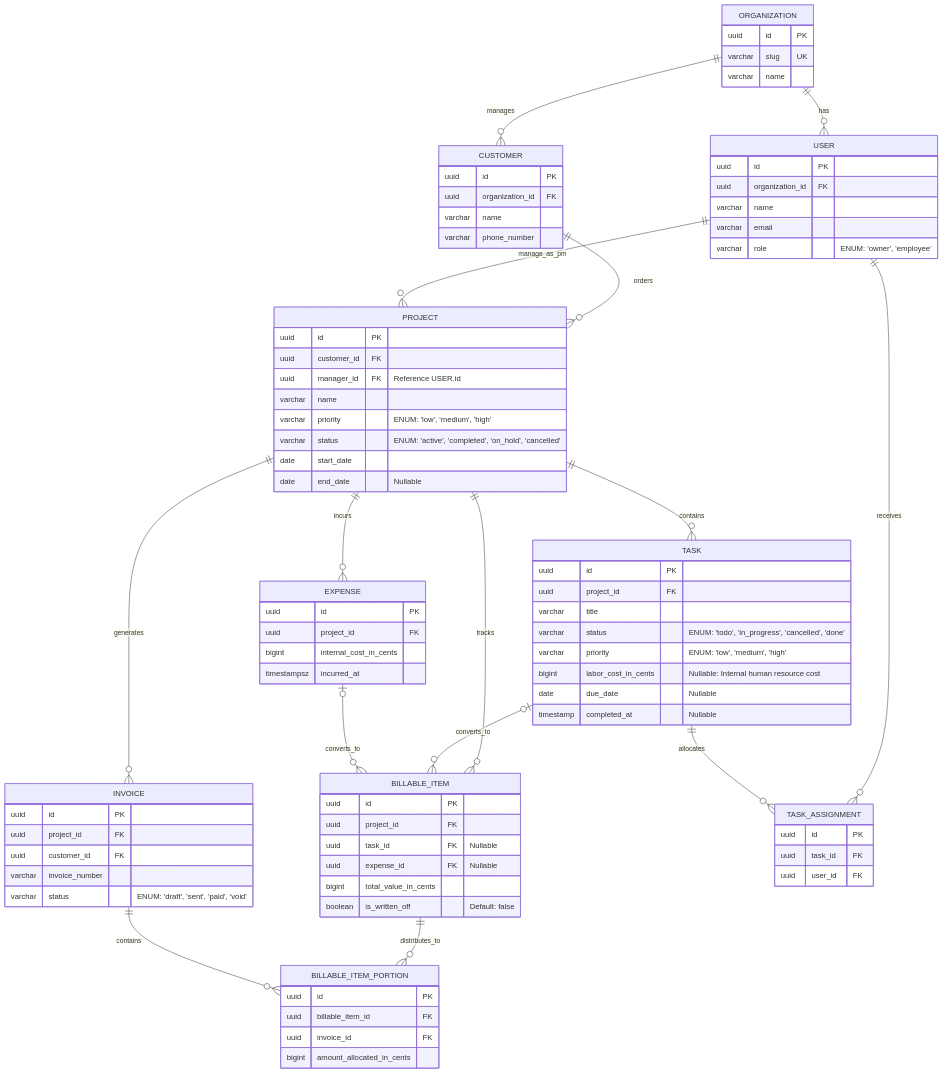
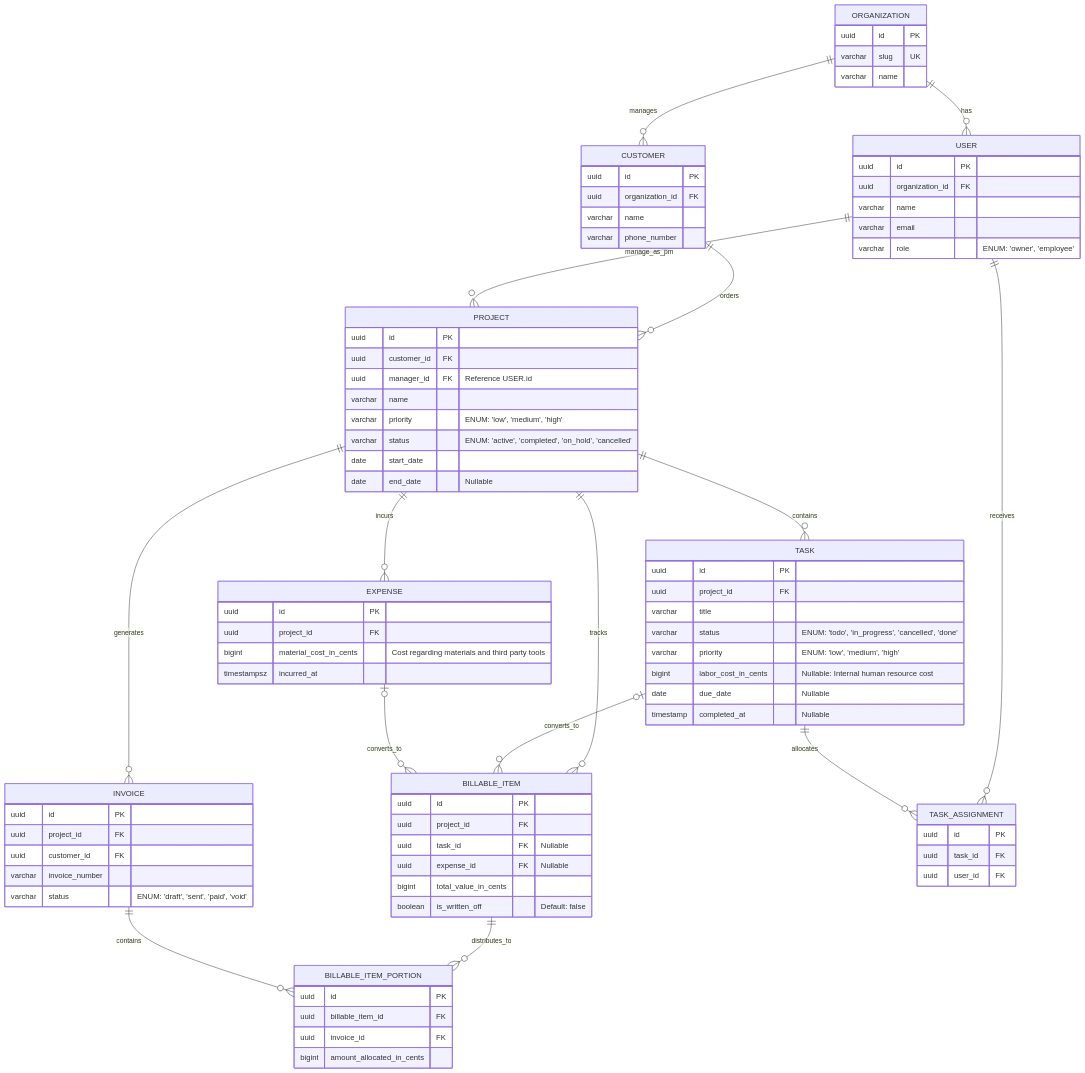
Before and after one commit to mauriciobarda/service-tenant-erp: the diagram in docs/database.md, drawn with Mermaid.

Commit message:
docs: rename internal_cost_in_cents to material_cost_in_cents to better reflect its intention

```diff
--- a/docs/database.md
+++ b/docs/database.md
@@ -91,7 +91,7 @@
     EXPENSE {
         uuid id PK
         uuid project_id FK
-        bigint internal_cost_in_cents
+        bigint material_cost_in_cents "Cost regarding materials and third party tools"
         timestampsz incurred_at 
     }
 
```
